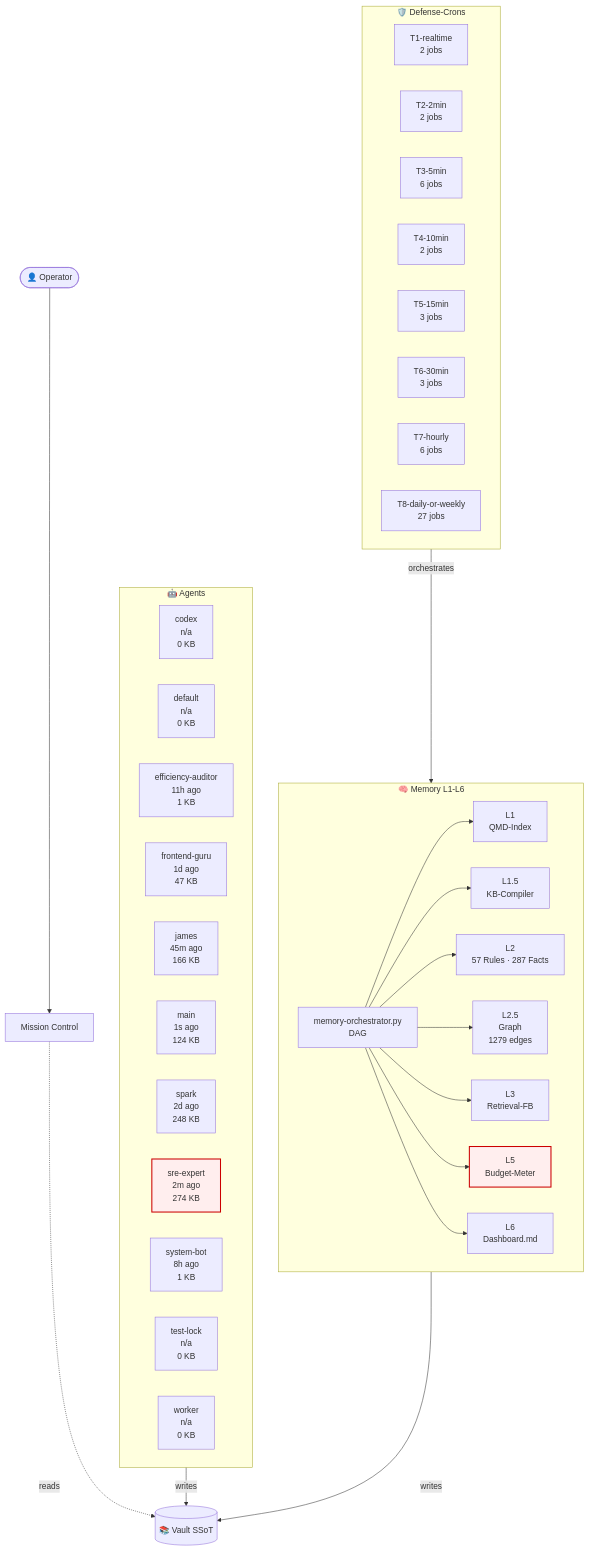
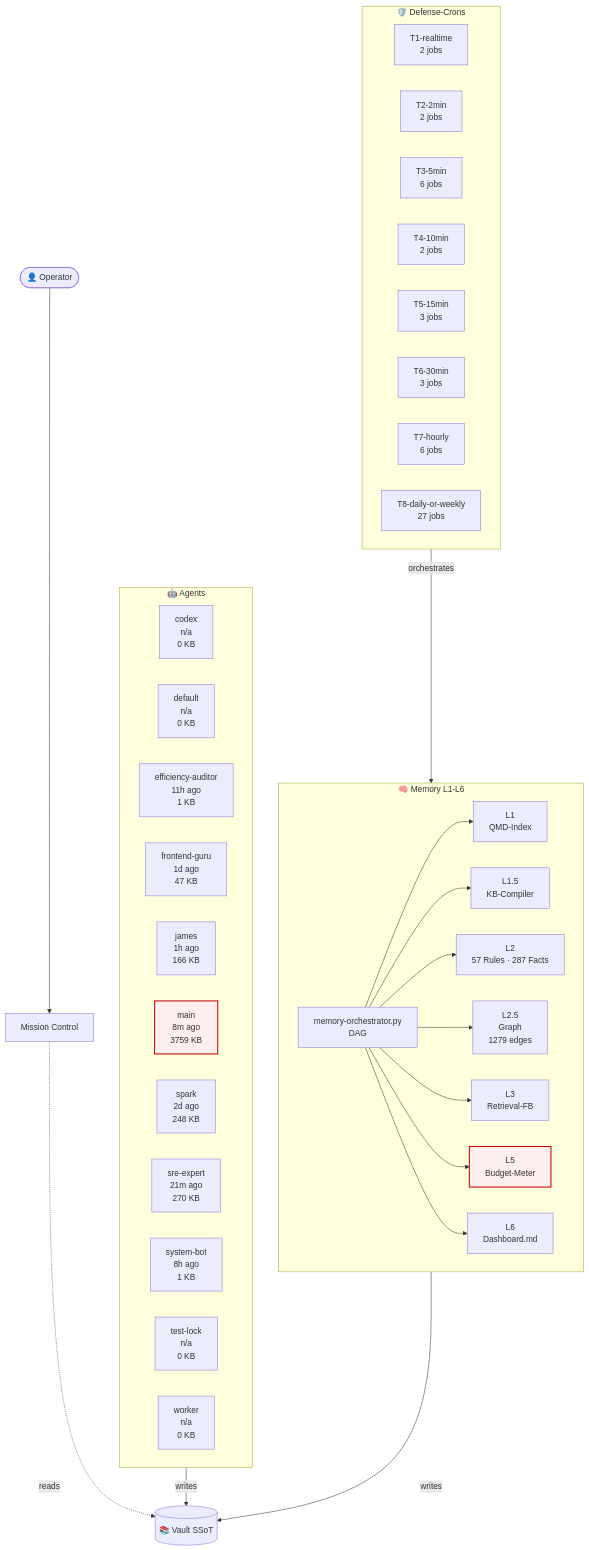
The diagram in 03-Agents/architecture-live.md (lenardhuebner88-rgb/openclaw-memory), drawn with Mermaid before and after one commit. The commit also changed other lines of this file and 12 other files, not shown here.

````diff
--- a/03-Agents/architecture-live.md
+++ b/03-Agents/architecture-live.md
@@ -18,54 +18,54 @@
 ```mermaid
 flowchart TB
     classDef critical fill:#fee,stroke:#c00,stroke-width:2px;
     subgraph AGT["🤖 Agents"]
         agent_codex["codex<br/>n/a<br/>0 KB"]
         agent_default["default<br/>n/a<br/>0 KB"]
         agent_efficiency_auditor["efficiency-auditor<br/>11h ago<br/>1 KB"]
         agent_frontend_guru["frontend-guru<br/>1d ago<br/>47 KB"]
-        agent_james["james<br/>45m ago<br/>166 KB"]
-        agent_main["main<br/>1s ago<br/>124 KB"]
+        agent_james["james<br/>1h ago<br/>166 KB"]
+        agent_main["main<br/>8m ago<br/>3759 KB"]
         agent_spark["spark<br/>2d ago<br/>248 KB"]
-        agent_sre_expert["sre-expert<br/>2m ago<br/>274 KB"]
+        agent_sre_expert["sre-expert<br/>21m ago<br/>270 KB"]
         agent_system_bot["system-bot<br/>8h ago<br/>1 KB"]
         agent_test_lock["test-lock<br/>n/a<br/>0 KB"]
         agent_worker["worker<br/>n/a<br/>0 KB"]
     end
     subgraph MEM["🧠 Memory L1-L6"]
         L1["L1<br/>QMD-Index"]
         L15["L1.5<br/>KB-Compiler"]
         L2["L2<br/>57 Rules · 287 Facts"]
         L25["L2.5<br/>Graph<br/>1279 edges"]
         L3["L3<br/>Retrieval-FB"]
         L5["L5<br/>Budget-Meter"]
         L6["L6<br/>Dashboard.md"]
         ORCH["memory-orchestrator.py<br/>DAG"]
     end
     subgraph CRN["🛡️ Defense-Crons"]
         tier_T1_realtime["T1-realtime<br/>2 jobs"]
         tier_T2_2min["T2-2min<br/>2 jobs"]
         tier_T3_5min["T3-5min<br/>6 jobs"]
         tier_T4_10min["T4-10min<br/>2 jobs"]
         tier_T5_15min["T5-15min<br/>3 jobs"]
         tier_T6_30min["T6-30min<br/>3 jobs"]
         tier_T7_hourly["T7-hourly<br/>6 jobs"]
         tier_T8_daily_or_weekly["T8-daily-or-weekly<br/>27 jobs"]
     end
     VAULT[("📚 Vault SSoT")]
     OP([👤 Operator])
     MC["Mission Control"]
     OP --> MC
     MC -.reads.-> VAULT
     AGT -->|writes| VAULT
     MEM -->|writes| VAULT
     ORCH --> L1
     ORCH --> L15
     ORCH --> L2
     ORCH --> L25
     ORCH --> L3
     ORCH --> L5
     ORCH --> L6
     CRN -->|orchestrates| MEM
     class L5 critical
-    class agent_sre_expert critical
+    class agent_main critical
 ```
````
